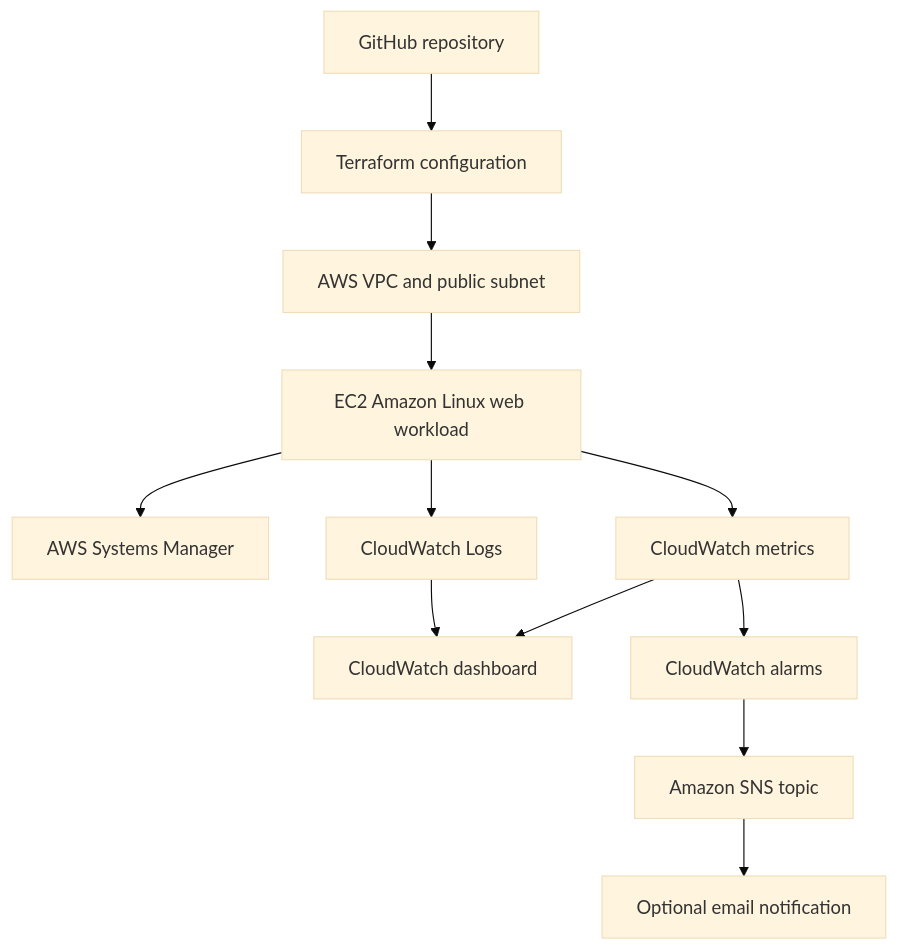
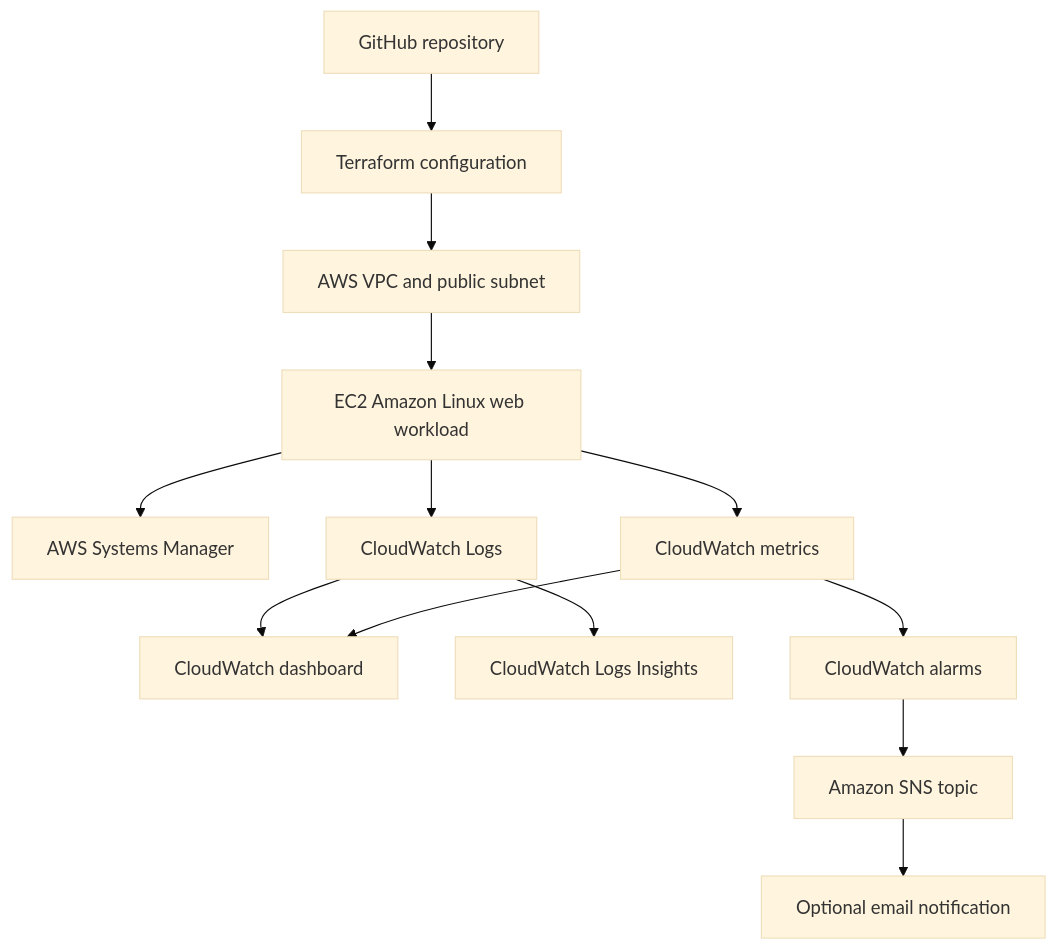
Before and after one commit to Saimszx/aws-cloud-operations-portfolio: the diagram in projects/01-aws-observability-incident-response/README.md, drawn with Mermaid (base theme). The commit also changed other lines of this file and 15 other files, not shown here.

````diff
--- a/projects/01-aws-observability-incident-response/README.md
+++ b/projects/01-aws-observability-incident-response/README.md
@@ -23,14 +23,15 @@
 ```mermaid
 flowchart TD
     GitHub[GitHub repository] --> Terraform[Terraform configuration]
     Terraform --> VPC[AWS VPC and public subnet]
     VPC --> EC2[EC2 Amazon Linux web workload]
     EC2 --> SSM[AWS Systems Manager]
     EC2 --> Logs[CloudWatch Logs]
     EC2 --> Metrics[CloudWatch metrics]
     Logs --> Dashboard[CloudWatch dashboard]
     Metrics --> Dashboard
+    Logs --> Queries[CloudWatch Logs Insights]
     Metrics --> Alarms[CloudWatch alarms]
     Alarms --> SNS[Amazon SNS topic]
     SNS --> Email[Optional email notification]
 ```
````
